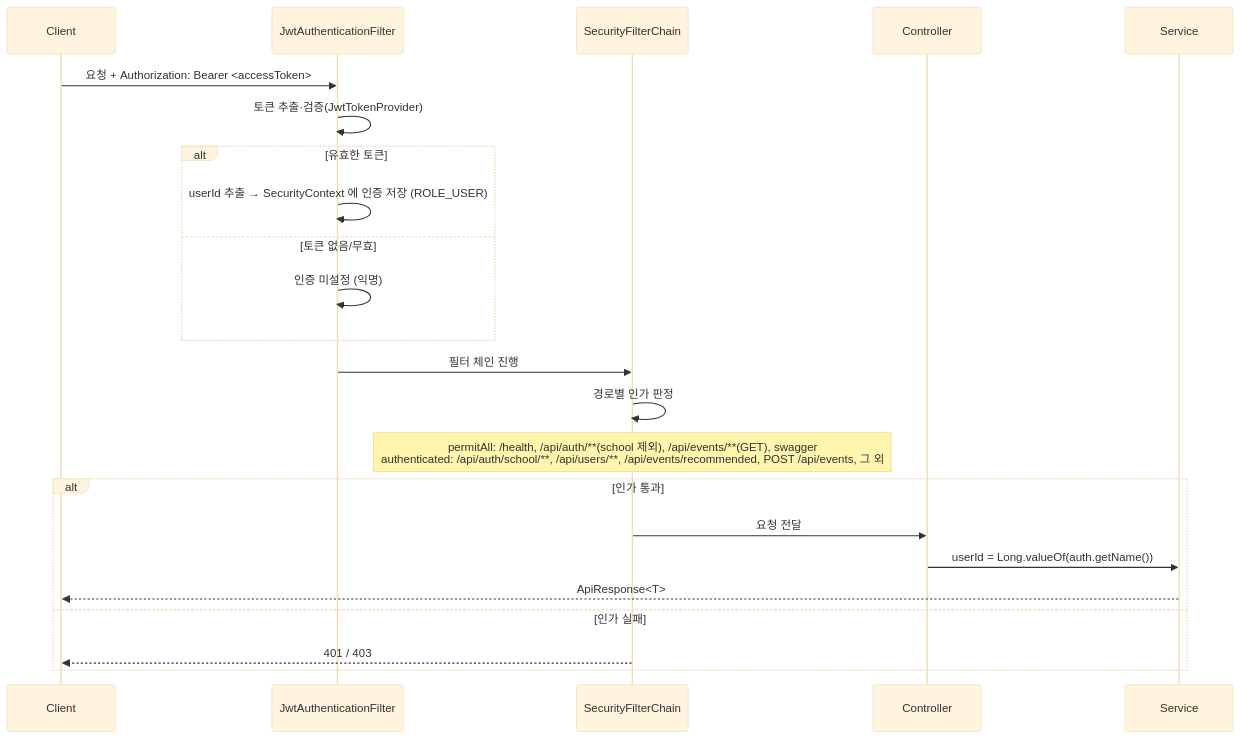
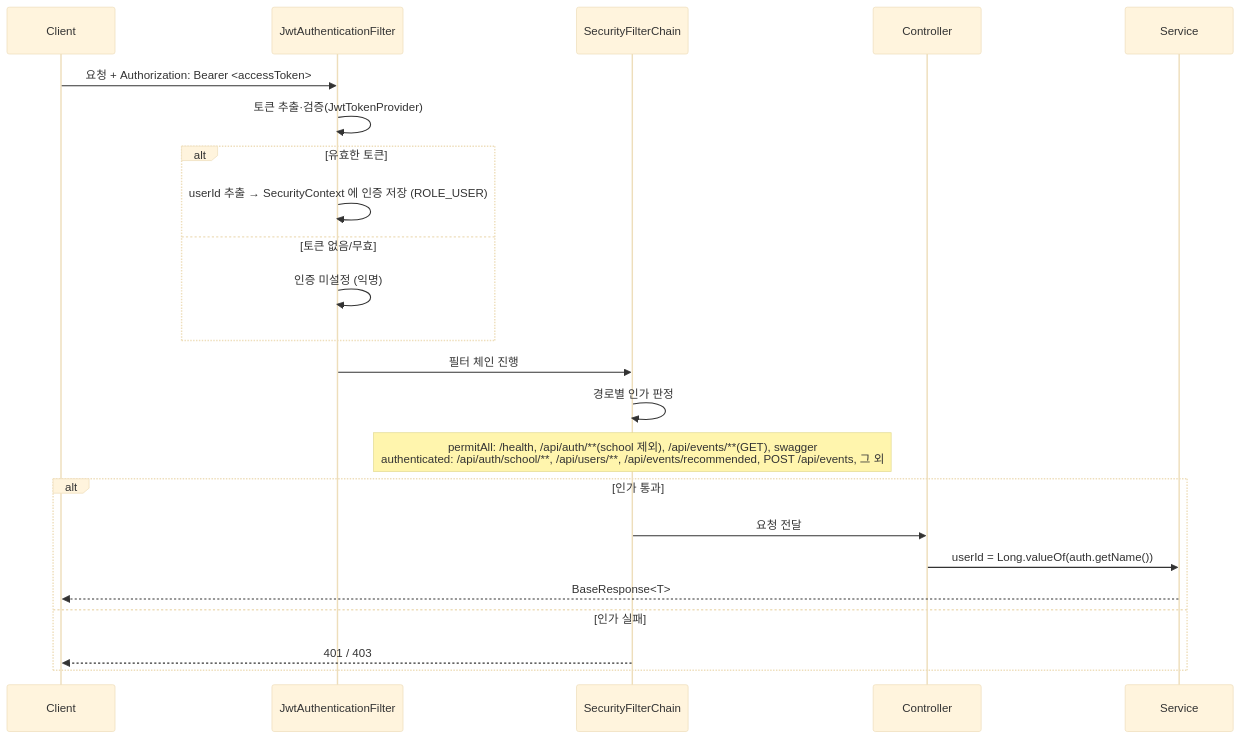
Before and after one commit to eagleindesert/mateon-backend: the third of 8 diagrams in docs/architecture.md, drawn with Mermaid (base theme). The commit also changed other lines of this file and 20 other files, not shown here.

First line of the commit message:
refactor: 공통 응답 DTO를 BaseResponse로 변경 및 Swagger @ApiResponse 정리

````diff
--- a/docs/architecture.md
+++ b/docs/architecture.md
@@ -130,26 +130,26 @@
 ```mermaid
 sequenceDiagram
     participant C as Client
     participant F as JwtAuthenticationFilter
     participant SC as SecurityFilterChain
     participant Ctrl as Controller
     participant Svc as Service
 
     C->>F: 요청 + Authorization: Bearer <accessToken>
     F->>F: 토큰 추출·검증(JwtTokenProvider)
     alt 유효한 토큰
         F->>F: userId 추출 → SecurityContext 에 인증 저장 (ROLE_USER)
     else 토큰 없음/무효
         F->>F: 인증 미설정 (익명)
     end
     F->>SC: 필터 체인 진행
     SC->>SC: 경로별 인가 판정
     Note over SC: permitAll: /health, /api/auth/**(school 제외), /api/events/**(GET), swagger<br/>authenticated: /api/auth/school/**, /api/users/**, /api/events/recommended, POST /api/events, 그 외
     alt 인가 통과
         SC->>Ctrl: 요청 전달
         Ctrl->>Svc: userId = Long.valueOf(auth.getName())
-        Svc-->>C: ApiResponse<T>
+        Svc-->>C: BaseResponse<T>
     else 인가 실패
         SC-->>C: 401 / 403
     end
 ```
````
